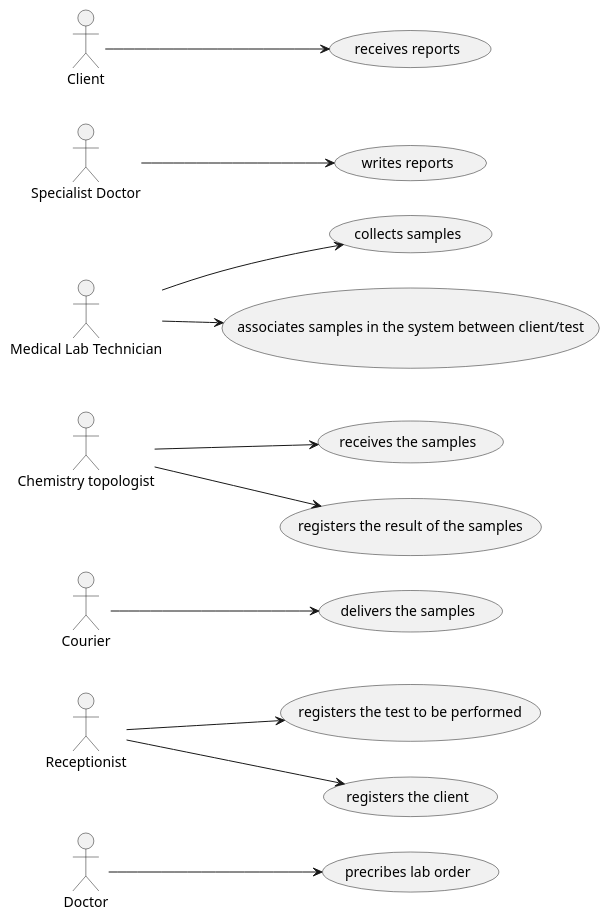
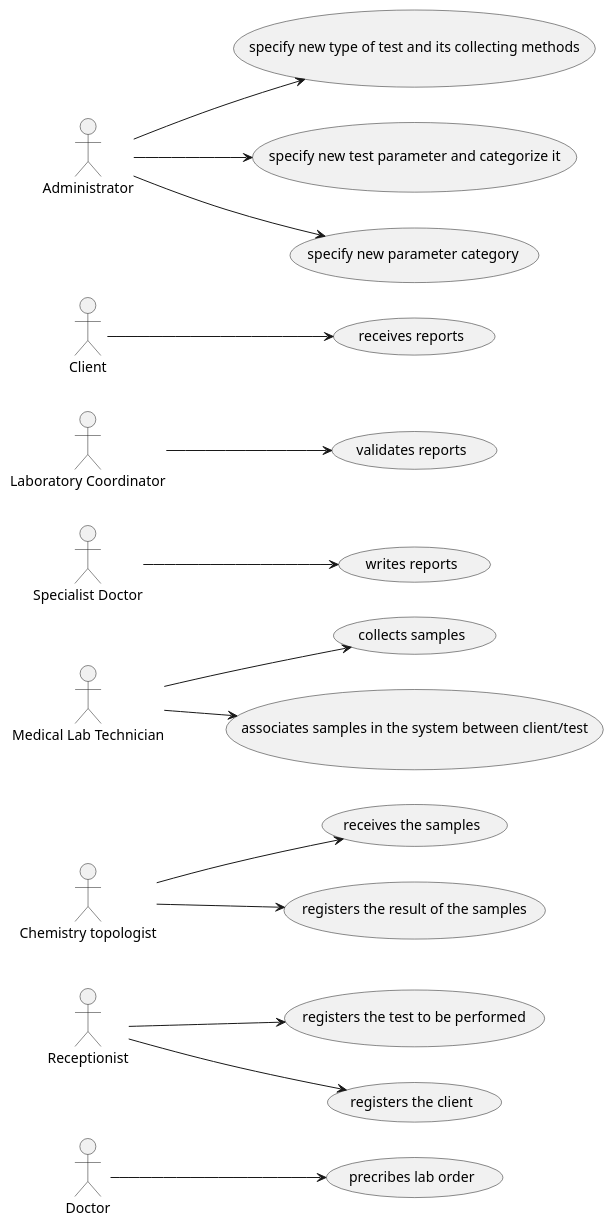
One commit to jsmarques98/LAPR2-ISEP changed the diagram in docs/SprintA/UCD.puml. Above: the diagram before and after it, drawn with PlantUML.

Commit message:
UCD atualizado

```diff
--- a/docs/SprintA/UCD.puml
+++ b/docs/SprintA/UCD.puml
@@ -1,20 +1,26 @@
 @startuml
 left to right direction
 
 :Doctor: --> (precribes lab order)
 
 :Receptionist: --> (registers the test to be performed)
 :Receptionist: --> (registers the client)
 
-:Courier: --> (delivers the samples)
 :Chemistry topologist: --> (receives the samples)
 :Chemistry topologist: --> (registers the result of the samples)
 
 :Medical Lab Technician: --> (collects samples)
 :Medical Lab Technician: --> (associates samples in the system between client/test)
 
 :Specialist Doctor: --> (writes reports)
 
+:Laboratory Coordinator: --> (validates reports)
+
 :Client: --> (receives reports)
 
+:Administrator: --> (specify new type of test and its collecting methods)
+:Administrator: --> (specify new test parameter and categorize it)
+:Administrator: --> (specify new parameter category)
+
+
 @enduml
```
